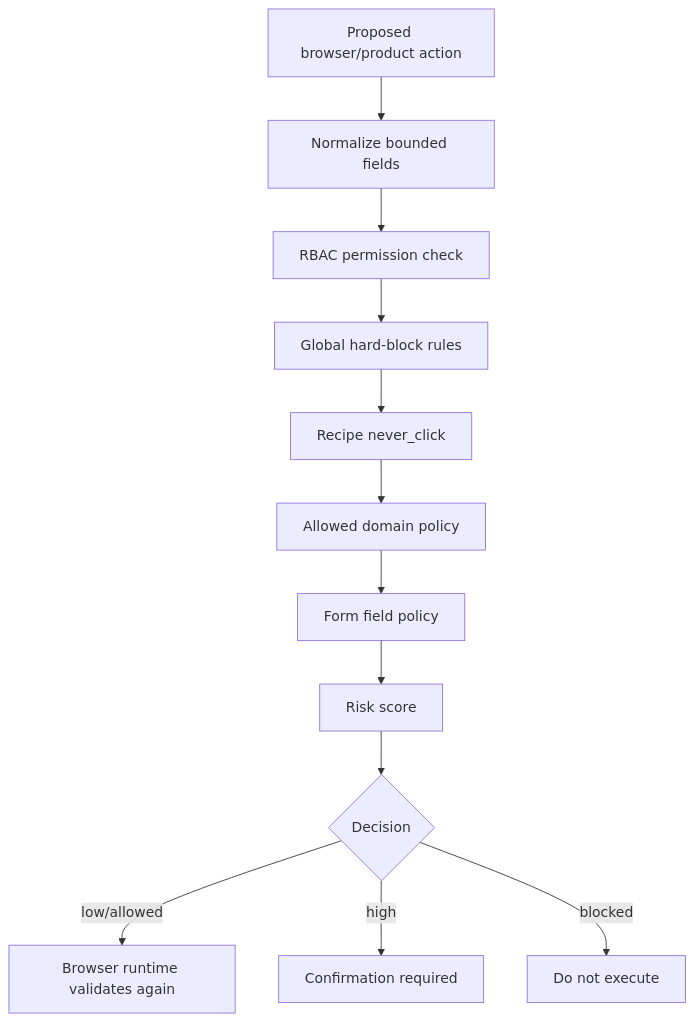
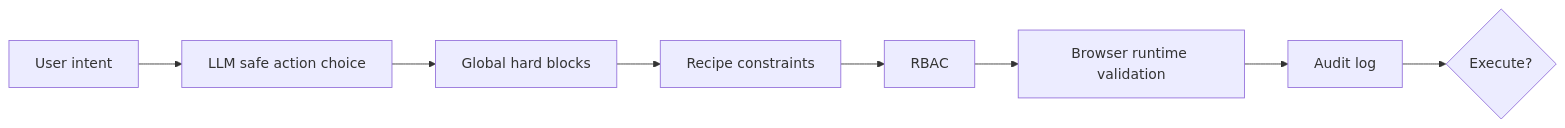
One commit to roshaninfordham/personalised-demo-ai-agent changed the eighth of 9 diagrams in docs/architecture/system-design.md. Above: the diagram before and after it, drawn with Mermaid. The commit also changed other lines of this file and 61 other files, not shown here.

````diff
--- a/docs/architecture/system-design.md
+++ b/docs/architecture/system-design.md
@@ -176,14 +248,19 @@
 ```mermaid
-flowchart TD
-    Action["Proposed browser/product action"] --> Normalize["Normalize bounded fields"]
-    Normalize --> RBAC["RBAC permission check"]
-    RBAC --> HardBlock["Global hard-block rules"]
-    HardBlock --> RecipeNever["Recipe never_click"]
-    RecipeNever --> Domain["Allowed domain policy"]
-    Domain --> Field["Form field policy"]
-    Field --> Risk["Risk score"]
-    Risk --> Decision{"Decision"}
-    Decision -->|low/allowed| Execute["Browser runtime validates again"]
-    Decision -->|high| Confirm["Confirmation required"]
-    Decision -->|blocked| Stop["Do not execute"]
+flowchart LR
+    UserIntent["User intent"]
+    LLMChoice["LLM safe action choice"]
+    GlobalPolicy["Global hard blocks"]
+    RecipePolicy["Recipe constraints"]
+    RBAC["RBAC"]
+    BrowserValidation["Browser runtime validation"]
+    Audit["Audit log"]
+    Execute{"Execute?"}
+
+    UserIntent --> LLMChoice
+    LLMChoice --> GlobalPolicy
+    GlobalPolicy --> RecipePolicy
+    RecipePolicy --> RBAC
+    RBAC --> BrowserValidation
+    BrowserValidation --> Audit
+    Audit --> Execute
 ```
````
